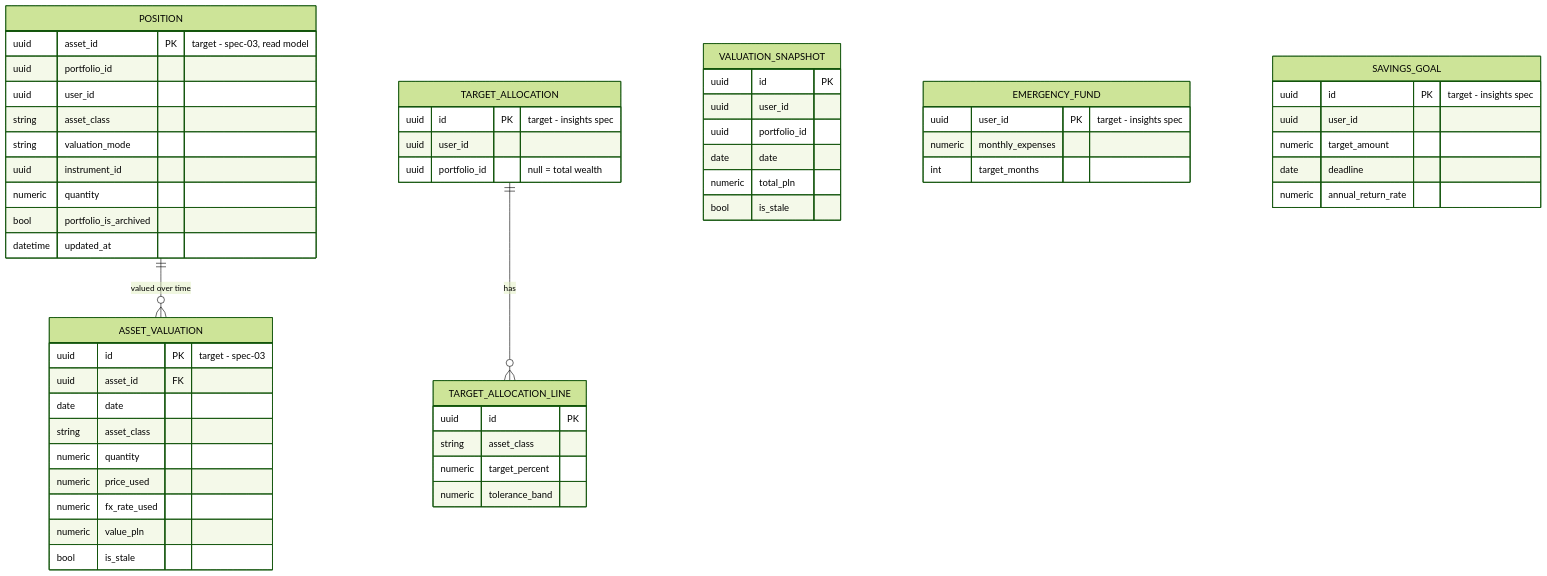
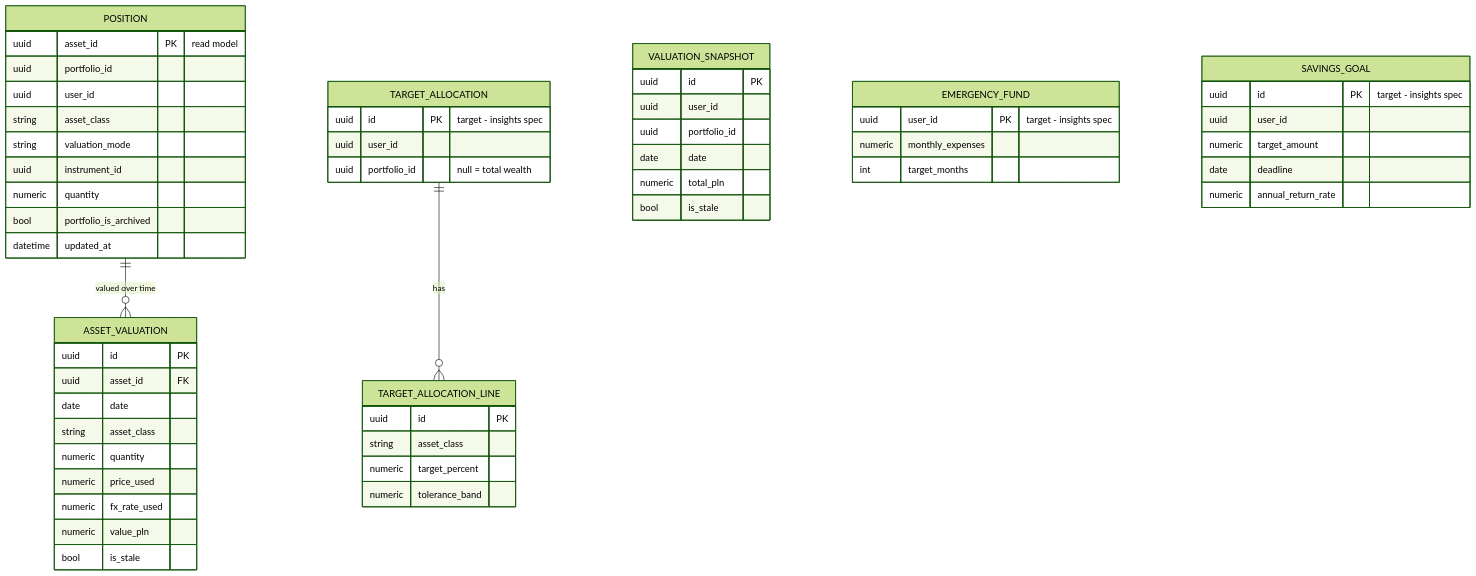
The third of 3 diagrams in skarbiec-plan/domain.md (Maliniak93/FinMel), drawn with Mermaid (forest theme) before and after one commit. The commit also changed other lines of this file and 65 other files, not shown here.

````diff
--- a/skarbiec-plan/domain.md
+++ b/skarbiec-plan/domain.md
@@ -145,58 +145,58 @@
 ```mermaid
 erDiagram
     POSITION ||--o{ ASSET_VALUATION : "valued over time"
     TARGET_ALLOCATION ||--o{ TARGET_ALLOCATION_LINE : has
     POSITION {
-        uuid asset_id PK "target - spec-03, read model"
+        uuid asset_id PK "read model"
         uuid portfolio_id
         uuid user_id
         string asset_class
         string valuation_mode
         uuid instrument_id
         numeric quantity
         bool portfolio_is_archived
         datetime updated_at
     }
     VALUATION_SNAPSHOT {
         uuid id PK
         uuid user_id
         uuid portfolio_id
         date date
         numeric total_pln
         bool is_stale
     }
     ASSET_VALUATION {
-        uuid id PK "target - spec-03"
+        uuid id PK
         uuid asset_id FK
         date date
         string asset_class
         numeric quantity
         numeric price_used
         numeric fx_rate_used
         numeric value_pln
         bool is_stale
     }
     TARGET_ALLOCATION {
         uuid id PK "target - insights spec"
         uuid user_id
         uuid portfolio_id "null = total wealth"
     }
     TARGET_ALLOCATION_LINE {
         uuid id PK
         string asset_class
         numeric target_percent
         numeric tolerance_band
     }
     EMERGENCY_FUND {
         uuid user_id PK "target - insights spec"
         numeric monthly_expenses
         int target_months
     }
     SAVINGS_GOAL {
         uuid id PK "target - insights spec"
         uuid user_id
         numeric target_amount
         date deadline
         numeric annual_return_rate
     }
 ```
````
